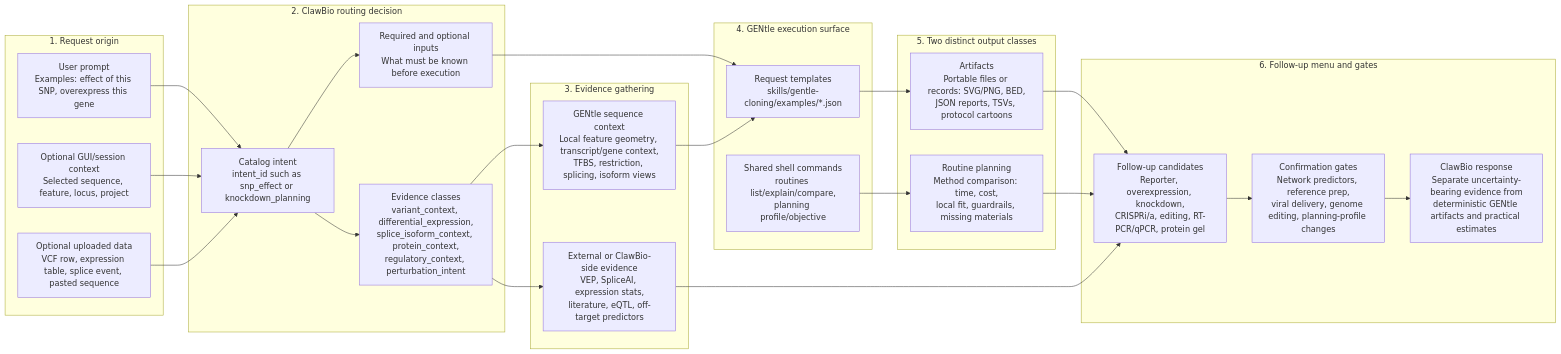
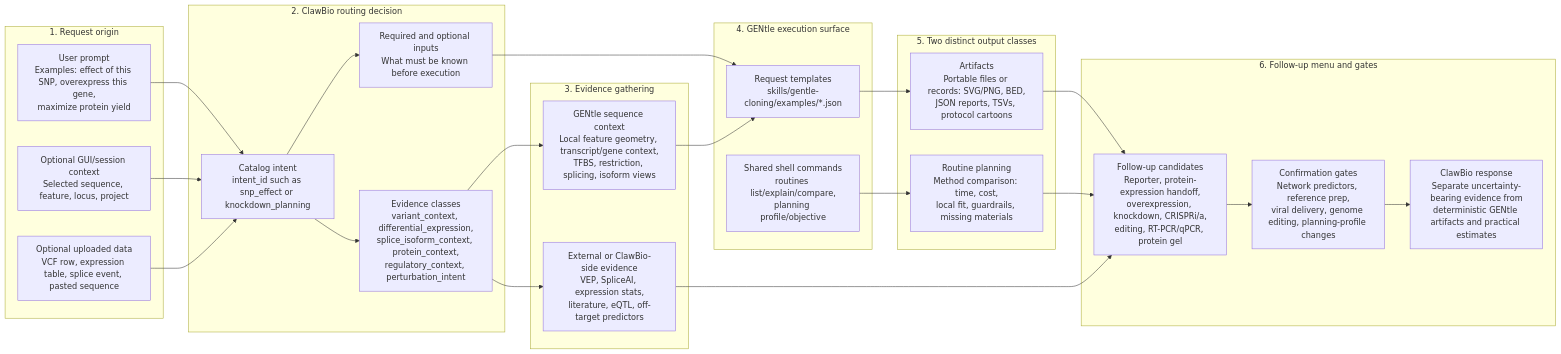
The diagram in integrations/clawbio/experimental_followup_graph.md (smoe/gentle_rs), drawn with Mermaid before and after one commit. The commit also changed 3 other files, not shown here.

Commit message:
feat(intent): ClawBio human-facing guide now matches the machine catalog for high-yield protein production

````diff
--- a/integrations/clawbio/experimental_followup_graph.md
+++ b/integrations/clawbio/experimental_followup_graph.md
@@ -24,52 +24,52 @@
 ```mermaid
 flowchart LR
   subgraph ORIGIN["1. Request origin"]
-    PROMPT["User prompt<br/>Examples: effect of this SNP, overexpress this gene"]
+    PROMPT["User prompt<br/>Examples: effect of this SNP, overexpress this gene,<br/>maximize protein yield"]
     GUI["Optional GUI/session context<br/>Selected sequence, feature, locus, project"]
     DATA["Optional uploaded data<br/>VCF row, expression table, splice event, pasted sequence"]
   end
 
   subgraph ROUTING["2. ClawBio routing decision"]
     INTENT["Catalog intent<br/>intent_id such as snp_effect or knockdown_planning"]
     CLASSES["Evidence classes<br/>variant_context, differential_expression,<br/>splice_isoform_context, protein_context,<br/>regulatory_context, perturbation_intent"]
     INPUTS["Required and optional inputs<br/>What must be known before execution"]
   end
 
   subgraph EVIDENCE["3. Evidence gathering"]
     EXTERNAL["External or ClawBio-side evidence<br/>VEP, SpliceAI, expression stats,<br/>literature, eQTL, off-target predictors"]
     GENTLE_CONTEXT["GENtle sequence context<br/>Local feature geometry, transcript/gene context,<br/>TFBS, restriction, splicing, isoform views"]
   end
 
   subgraph EXECUTION["4. GENtle execution surface"]
     REQUESTS["Request templates<br/>skills/gentle-cloning/examples/*.json"]
     SHELL["Shared shell commands<br/>routines list/explain/compare,<br/>planning profile/objective"]
   end
 
   subgraph OUTPUTS["5. Two distinct output classes"]
     ARTIFACTS["Artifacts<br/>Portable files or records: SVG/PNG, BED,<br/>JSON reports, TSVs, protocol cartoons"]
     PLANNING["Routine planning<br/>Method comparison: time, cost,<br/>local fit, guardrails, missing materials"]
   end
 
   subgraph DECISION["6. Follow-up menu and gates"]
-    CANDIDATES["Follow-up candidates<br/>Reporter, overexpression, knockdown,<br/>CRISPRi/a, editing, RT-PCR/qPCR, protein gel"]
+    CANDIDATES["Follow-up candidates<br/>Reporter, protein-expression handoff,<br/>overexpression, knockdown, CRISPRi/a,<br/>editing, RT-PCR/qPCR, protein gel"]
     GATES["Confirmation gates<br/>Network predictors, reference prep,<br/>viral delivery, genome editing, planning-profile changes"]
     RESPONSE["ClawBio response<br/>Separate uncertainty-bearing evidence from<br/>deterministic GENtle artifacts and practical estimates"]
   end
 
   PROMPT --> INTENT
   GUI --> INTENT
   DATA --> INTENT
   INTENT --> CLASSES
   INTENT --> INPUTS
   CLASSES --> EXTERNAL
   CLASSES --> GENTLE_CONTEXT
   INPUTS --> REQUESTS
   GENTLE_CONTEXT --> REQUESTS
   REQUESTS --> ARTIFACTS
   SHELL --> PLANNING
   ARTIFACTS --> CANDIDATES
   PLANNING --> CANDIDATES
   EXTERNAL --> CANDIDATES
   CANDIDATES --> GATES
   GATES --> RESPONSE
 ```
````
